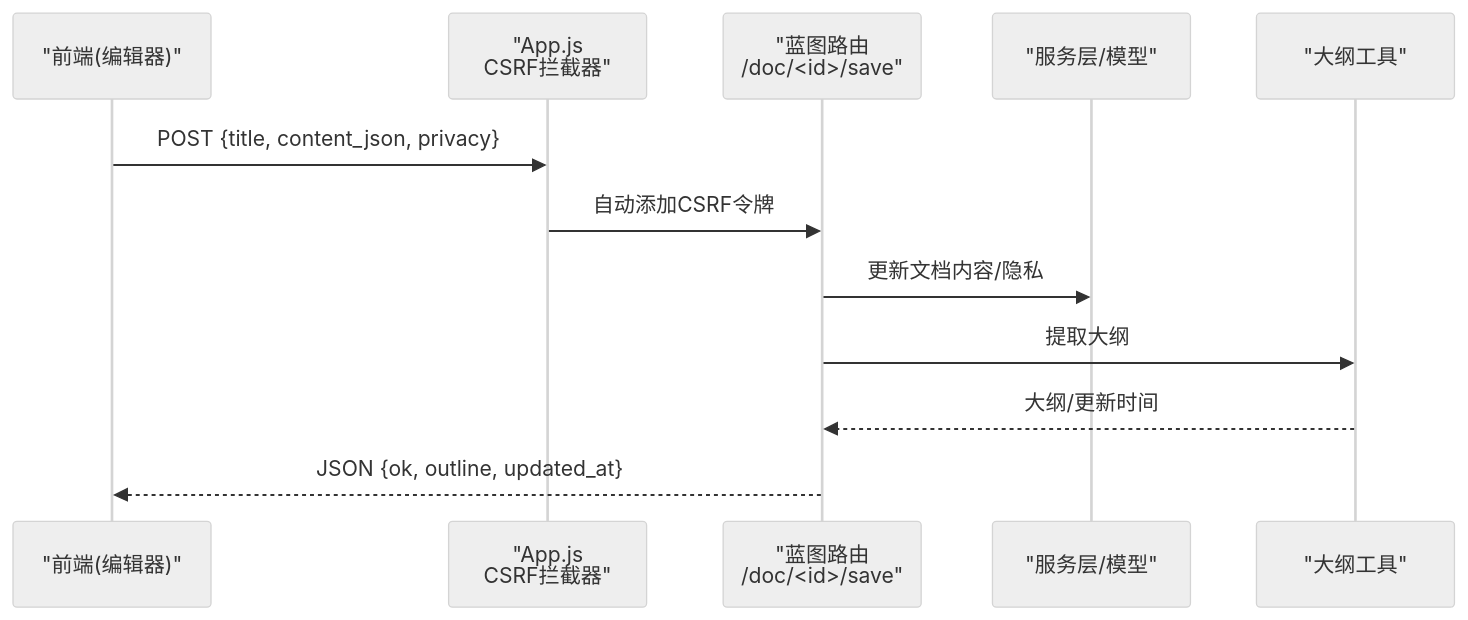
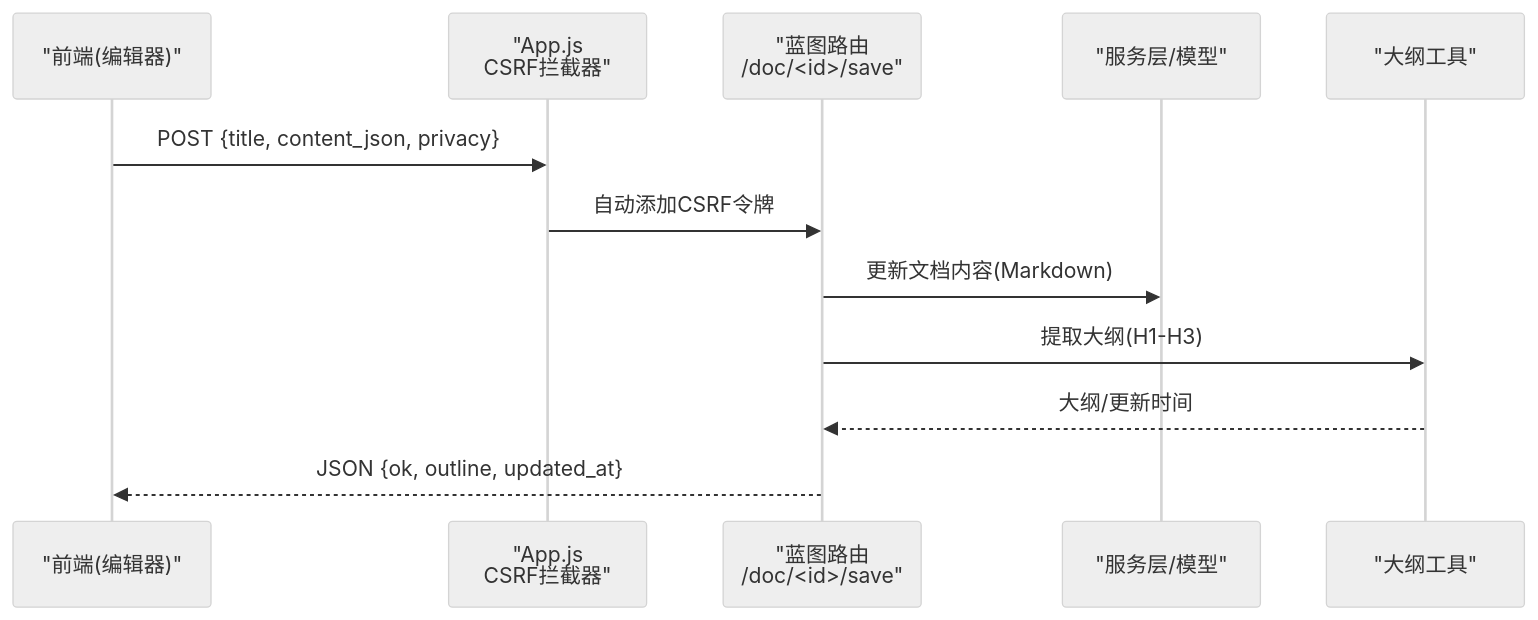
The ninth of 10 diagrams in .qoder/repowiki/zh/content/前端模板系统.md (beyondalbert/my_wiki), drawn with Mermaid (neutral theme) before and after one commit. The commit also changed other lines of this file and 9 other files, not shown here.

````diff
--- a/.qoder/repowiki/zh/content/前端模板系统.md
+++ b/.qoder/repowiki/zh/content/前端模板系统.md
@@ -345,14 +472,14 @@
 ```mermaid
 sequenceDiagram
 participant FE as "前端(编辑器)"
 participant JS as "App.js<br/>CSRF拦截器"
 participant BE as "蓝图路由<br/>/doc/<id>/save"
 participant SV as "服务层/模型"
 participant OUT as "大纲工具"
 FE->>JS : POST {title, content_json, privacy}
 JS->>BE : 自动添加CSRF令牌
-BE->>SV : 更新文档内容/隐私
-BE->>OUT : 提取大纲
+BE->>SV : 更新文档内容(Markdown)
+BE->>OUT : 提取大纲(H1-H3)
 OUT-->>BE : 大纲/更新时间
 BE-->>FE : JSON {ok, outline, updated_at}
 ```
````
